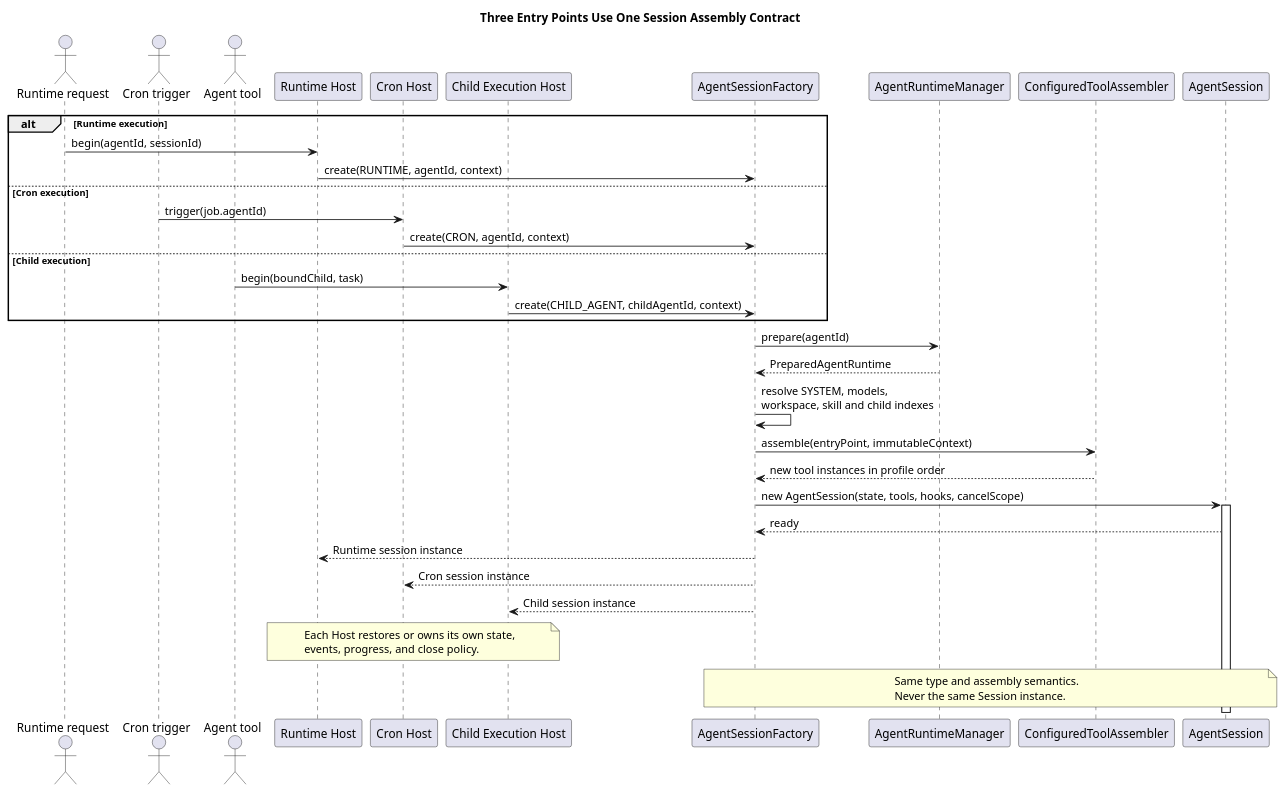
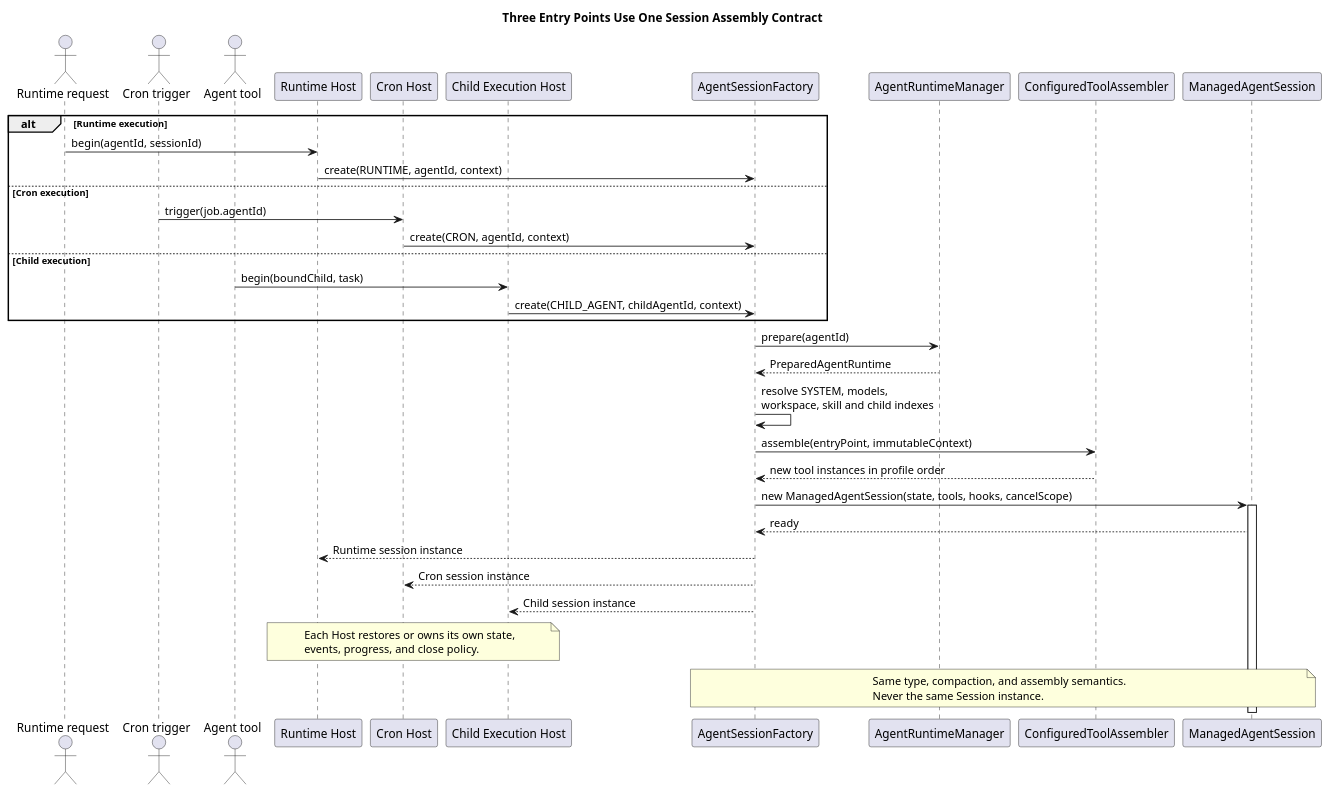
The second of 11 diagrams in pi-mono-java-tool-system/diagram.puml (ssm0808/pi-mono-java-design), drawn with PlantUML before and after one commit. The commit also changed other lines of this file and 36 other files, not shown here.

```diff
--- a/pi-mono-java-tool-system/diagram.puml
+++ b/pi-mono-java-tool-system/diagram.puml
@@ -92,55 +106,55 @@
 @startuml agent_session_assembly
 title Three Entry Points Use One Session Assembly Contract
 skinparam shadowing false
 
 ' Source evidence (CampusClaw d649866):
 ' modules/coding-agent-cli/src/main/java/com/campusclaw/codingagent/runtime/AgentRuntimeManager.java: prepare
 ' modules/coding-agent-cli/src/main/java/com/campusclaw/codingagent/runtimeapi/runtime/RuntimeSessionEngineRegistry.java
 ' modules/coding-agent-cli/src/main/java/com/campusclaw/codingagent/session/AgentSession.java: initialize
 ' Observed behavior: current entry paths do not share one small session factory.
 ' Design reason: parent and child use the same AgentSession type and factory but
 ' receive different instances, state, workspaces, tools, and cancellation scopes.
 
 actor "Runtime request" as Runtime
 actor "Cron trigger" as Cron
 actor "Agent tool" as AgentTool
 participant "Runtime Host" as RH
 participant "Cron Host" as CH
 participant "Child Execution Host" as EH
 participant "AgentSessionFactory" as Factory
 participant "AgentRuntimeManager" as Manager
 participant "ConfiguredToolAssembler" as Tools
-participant "AgentSession" as Session
+participant "ManagedAgentSession" as Session
 
 alt Runtime execution
   Runtime -> RH : begin(agentId, sessionId)
   RH -> Factory : create(RUNTIME, agentId, context)
 else Cron execution
   Cron -> CH : trigger(job.agentId)
   CH -> Factory : create(CRON, agentId, context)
 else Child execution
   AgentTool -> EH : begin(boundChild, task)
   EH -> Factory : create(CHILD_AGENT, childAgentId, context)
 end
 
 Factory -> Manager : prepare(agentId)
 Manager --> Factory : PreparedAgentRuntime
 Factory -> Factory : resolve SYSTEM, models,\nworkspace, skill and child indexes
 Factory -> Tools : assemble(entryPoint, immutableContext)
 Tools --> Factory : new tool instances in profile order
-Factory -> Session ++ : new AgentSession(state, tools, hooks, cancelScope)
+Factory -> Session ++ : new ManagedAgentSession(state, tools, hooks, cancelScope)
 Session --> Factory : ready
 Factory --> RH : Runtime session instance
 Factory --> CH : Cron session instance
 Factory --> EH : Child session instance
 
 note over RH,EH
 Each Host restores or owns its own state,
 events, progress, and close policy.
 end note
 
 note over Factory,Session
-Same type and assembly semantics.
+Same type, compaction, and assembly semantics.
 Never the same Session instance.
 end note
 @enduml
```
